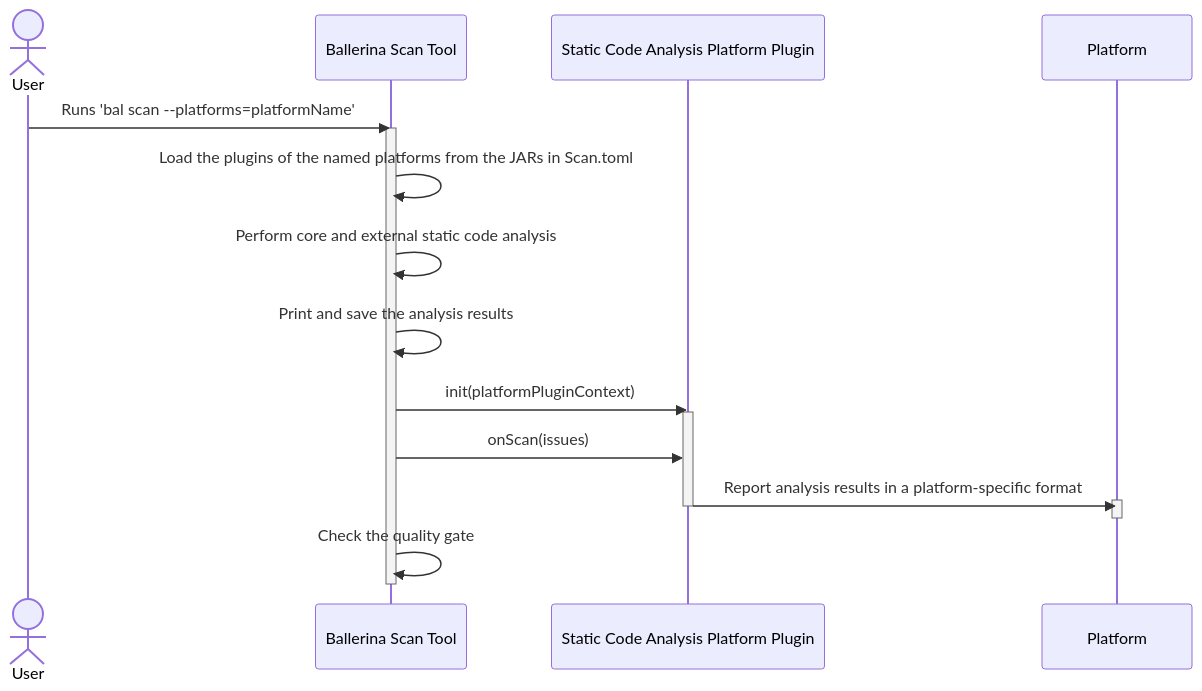
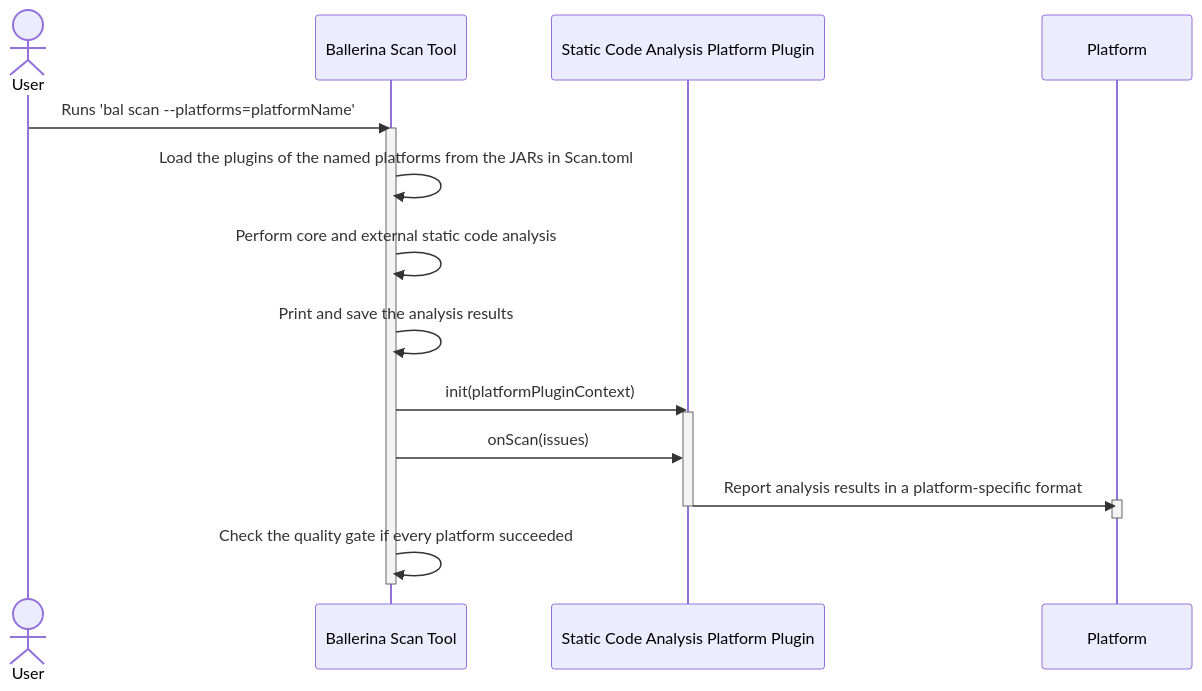
The diagram in docs/static-code-analysis-tool/StaticCodeAnalysisPlatformPlugin.md (ballerina-platform/static-code-analysis-tool), drawn with Mermaid before and after one commit. The commit also changed other lines of this file, not shown here.

Commit message:
Say the quality gate is checked only when every platform succeeds
ScanCmd runs reportToPlatforms before evaluating the gate, and a failed
platform throws PLATFORMS_FAILED, so the gate is never checked. This
matches ScanFileConfigurations.md.

````diff
--- a/docs/static-code-analysis-tool/StaticCodeAnalysisPlatformPlugin.md
+++ b/docs/static-code-analysis-tool/StaticCodeAnalysisPlatformPlugin.md
@@ -19,22 +19,22 @@
 ```mermaid
 sequenceDiagram
     actor User
     participant Ballerina Scan Tool
     participant Static Code Analysis Platform Plugin
     participant Platform
 
     User ->> Ballerina Scan Tool: Runs 'bal scan --platforms=platformName'
     activate Ballerina Scan Tool
     Ballerina Scan Tool ->> Ballerina Scan Tool: Load the plugins of the named platforms from the JARs in Scan.toml
     Ballerina Scan Tool ->> Ballerina Scan Tool: Perform core and external static code analysis
     Ballerina Scan Tool ->> Ballerina Scan Tool: Print and save the analysis results
     Ballerina Scan Tool ->> Static Code Analysis Platform Plugin: init(platformPluginContext)
     activate Static Code Analysis Platform Plugin
     Ballerina Scan Tool ->> Static Code Analysis Platform Plugin: onScan(issues)
     Static Code Analysis Platform Plugin ->> Platform: Report analysis results in a platform-specific format
     activate Platform
     deactivate Platform
     deactivate Static Code Analysis Platform Plugin
-    Ballerina Scan Tool ->> Ballerina Scan Tool: Check the quality gate
+    Ballerina Scan Tool ->> Ballerina Scan Tool: Check the quality gate if every platform succeeded
     deactivate Ballerina Scan Tool
 ```
````
